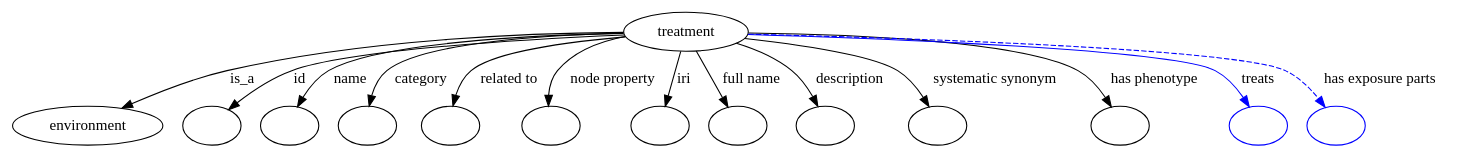
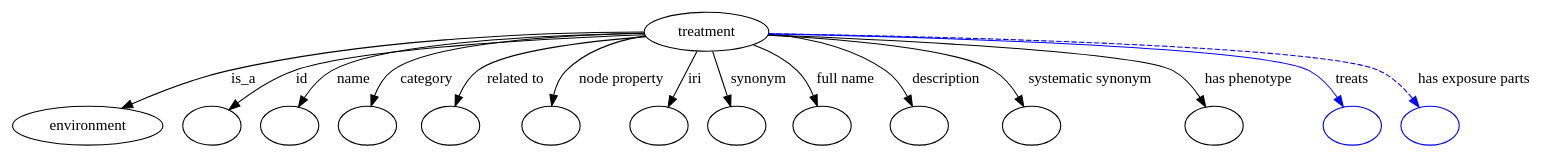
One commit to biolink/biolink-model changed the diagram in graphviz/treatment.gv. Above: the diagram before and after it, drawn with Graphviz. The commit also changed 900 other files, not shown here.

```diff
--- a/graphviz/treatment.gv
+++ b/graphviz/treatment.gv
@@ -1,134 +1,144 @@
 digraph {
-	graph [bb="0,0,1118.2,122"];
+	graph [bb="0,0,1192.2,122"];
 	node [label="\N"];
 	treatment	 [height=0.5,
 		label=treatment,
-		pos="545.8,104",
+		pos="562.8,104",
 		width=1.2083];
 	environment	 [height=0.5,
 		pos="54.803,18",
 		width=1.5223];
 	treatment -> environment	 [label=is_a,
-		lp="199.08,61",
-		pos="e,86.724,32.751 502.66,101.08 420.87,95.32 246.18,81.83 187.25,68 155.85,60.63 121.84,47.677 96.142,36.801"];
+		lp="201.08,61",
+		pos="e,86.95,32.661 519.5,101.25 435.02,95.639 251.08,82.22 189.25,68 157.15,60.618 122.34,47.518 96.175,36.578"];
 	id	 [color=black,
 		height=0.5,
 		label="",
 		pos="154.8,18",
 		width=0.75];
 	treatment -> id	 [color=black,
 		label=id,
-		lp="251.25,61",
-		pos="e,173.49,31.222 502.78,100.91 431.44,95.435 291.84,83.179 244.91,68 222.45,60.732 199.19,47.667 181.93,36.715",
+		lp="253.25,61",
+		pos="e,173.6,31.021 519.73,101.14 445.53,95.864 296.73,83.704 246.91,68 223.86,60.732 199.93,47.543 182.24,36.536",
 		style=solid];
 	name	 [color=black,
 		height=0.5,
 		label="",
 		pos="226.8,18",
 		width=0.75];
 	treatment -> name	 [color=black,
 		label=name,
-		lp="293.96,61",
-		pos="e,238.93,34.315 502.66,101.46 437.4,97.083 317.1,86.715 278.49,68 265.9,61.898 254.43,51.56 245.51,41.862",
+		lp="296.96,61",
+		pos="e,239.82,34.345 519.43,101.65 451.32,97.423 322.81,87.151 281.49,68 268.41,61.939 256.3,51.606 246.82,41.9",
 		style=solid];
 	category	 [color=black,
 		height=0.5,
 		label="",
 		pos="298.8,18",
 		width=0.75];
 	treatment -> category	 [color=black,
 		label=category,
-		lp="348.9,61",
-		pos="e,303.58,36.005 502.62,101.54 446.48,97.585 352.32,88.111 324.61,68 316.91,62.414 311.34,53.844 307.38,45.369",
+		lp="352.9,61",
+		pos="e,304.8,35.597 519.28,101.71 460.34,97.87 358.97,88.456 328.61,68 320.24,62.36 313.86,53.511 309.2,44.814",
 		style=solid];
 	"related to"	 [color=black,
 		height=0.5,
 		label="",
 		pos="370.8,18",
 		width=0.75];
 	treatment -> "related to"	 [color=black,
 		label="related to",
-		lp="412.04,61",
-		pos="e,371.61,36.077 503.6,99.409 461.97,94.047 402.18,83.838 385.33,68 379.22,62.254 375.63,54.103 373.53,46.045",
+		lp="418.04,61",
+		pos="e,373.88,36.252 520.52,99.673 476.28,94.368 410.62,84.053 391.33,68 384.56,62.367 380,54.145 376.93,45.989",
 		style=solid];
 	"node property"	 [color=black,
 		height=0.5,
 		label="",
-		pos="443.8,18",
+		pos="442.8,18",
 		width=0.75];
 	treatment -> "node property"	 [color=black,
 		label="node property",
-		lp="486.87,61",
-		pos="e,440.69,36.337 508.34,94.762 483.96,87.945 455.33,78.128 447.66,68 443.04,61.892 441.14,54.075 440.63,46.446",
+		lp="493.87,61",
+		pos="e,442.9,36.196 524.34,95.392 497.29,88.587 464.28,78.51 454.66,68 449.22,62.051 446.14,54.07 444.44,46.233",
 		style=solid];
 	iri	 [color=black,
 		height=0.5,
 		label="",
-		pos="515.8,18",
+		pos="514.8,18",
 		width=0.75];
 	treatment -> iri	 [color=black,
 		label=iri,
-		lp="539.02,61",
-		pos="e,522.01,35.796 539.59,86.181 535.48,74.419 530.03,58.777 525.38,45.442",
+		lp="548.02,61",
+		pos="e,524.25,34.919 552.86,86.181 546.03,73.949 536.86,57.519 529.23,43.853",
+		style=solid];
+	synonym	 [color=black,
+		height=0.5,
+		label="",
+		pos="586.8,18",
+		width=0.75];
+	treatment -> synonym	 [color=black,
+		label=synonym,
+		lp="602.47,61",
+		pos="e,581.8,35.917 567.89,85.762 571.13,74.168 575.38,58.931 579.03,45.843",
 		style=solid];
 	"full name"	 [color=black,
 		height=0.5,
 		label="",
-		pos="587.8,18",
+		pos="658.8,18",
 		width=0.75];
 	treatment -> "full name"	 [color=black,
 		label="full name",
-		lp="596.43,61",
-		pos="e,579.4,35.21 554.51,86.181 560.38,74.145 568.25,58.047 574.85,44.515",
+		lp="669.43,61",
+		pos="e,652.26,35.871 595.25,91.925 607.76,86.104 621.51,78.15 631.8,68 638.37,61.529 643.74,53.12 647.91,45.051",
 		style=solid];
 	description	 [color=black,
 		height=0.5,
 		label="",
-		pos="659.8,18",
+		pos="730.8,18",
 		width=0.75];
 	treatment -> description	 [color=black,
 		label=description,
-		lp="670.91,61",
-		pos="e,651.45,35.582 580.97,93.372 596.2,87.571 613.54,79.24 626.8,68 634.5,61.483 641.09,52.732 646.32,44.374",
+		lp="744.91,61",
+		pos="e,723.89,35.702 602.79,96.9 637.49,90.135 684.48,79.327 699.8,68 707.89,62.027 714.34,53.258 719.21,44.725",
 		style=solid];
 	"systematic synonym"	 [color=black,
 		height=0.5,
 		label="",
-		pos="741.8,18",
+		pos="815.8,18",
 		width=0.75];
 	treatment -> "systematic synonym"	 [color=black,
 		label="systematic synonym",
-		lp="777.77,61",
-		pos="e,733.49,35.372 587.27,98.088 627.97,91.687 686.62,80.677 705.8,68 714.91,61.984 722.47,52.824 728.28,43.981",
+		lp="851.77,61",
+		pos="e,807.64,35.602 605.7,100.76 660.43,95.976 751.41,85.624 779.8,68 789.07,62.245 796.67,53.139 802.46,44.265",
 		style=solid];
 	"has phenotype"	 [color=black,
 		height=0.5,
 		label="",
-		pos="878.8,18",
+		pos="952.8,18",
 		width=0.75];
 	treatment -> "has phenotype"	 [color=black,
 		label="has phenotype",
-		lp="896.04,61",
-		pos="e,869.68,35.31 589.35,102.64 660.27,99.778 797.02,91.327 838.8,68 848.95,62.333 857.49,52.952 864.03,43.838",
+		lp="970.04,61",
+		pos="e,943.73,35.395 606.13,101.42 693.86,95.923 886.43,82.386 912.8,68 923.01,62.434 931.55,53.071 938.09,43.943",
 		style=solid];
 	treats	 [color=blue,
 		height=0.5,
 		label="",
-		pos="981.8,18",
+		pos="1055.8,18",
 		width=0.75];
 	treatment -> treats	 [color=blue,
 		label=treats,
-		lp="971.96,61",
-		pos="e,972.41,34.966 589.03,101.91 684.89,96.998 909.29,83.949 939.8,68 950.57,62.371 959.69,52.69 966.64,43.338",
+		lp="1046,61",
+		pos="e,1046.4,35.016 606.27,102.43 712.3,98.345 978.15,86.375 1013.8,68 1024.6,62.433 1033.7,52.762 1040.7,43.4",
 		style=solid];
 	"has exposure parts"	 [color=blue,
 		height=0.5,
 		label="",
-		pos="1053.8,18",
+		pos="1127.8,18",
 		width=0.75];
 	treatment -> "has exposure parts"	 [color=blue,
 		label="has exposure parts",
-		lp="1066.5,61",
-		pos="e,1039.4,33.617 589.26,101.92 693.92,96.719 954.08,82.49 990.8,68 1006.1,61.979 1020.6,50.954 1031.8,40.786",
+		lp="1140.5,61",
+		pos="e,1113.4,33.665 606.31,102.35 720.45,97.817 1022.7,84.403 1064.8,68 1080.1,62.049 1094.6,51.03 1105.9,40.847",
 		style=dashed];
 }
```
